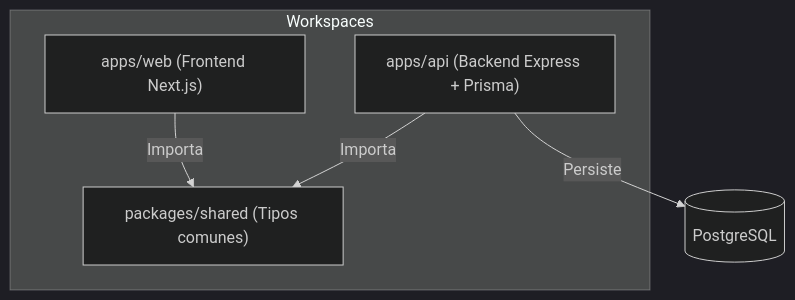
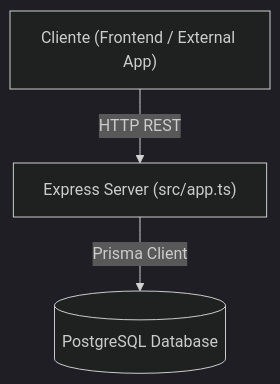
One commit to moka-web/Callvu_Agenda changed the diagram in ARCHITECTURE.md. Above: the diagram before and after it, drawn with Mermaid (dark theme). The commit also changed other lines of this file and 49 other files, not shown here.

Commit message:
refactor(arch): migrate from monorepo to standalone backend api

````diff
--- a/ARCHITECTURE.md
+++ b/ARCHITECTURE.md
@@ -11,12 +11,5 @@
 ```mermaid
 graph TD
-    subgraph Workspaces
-        shared["packages/shared (Tipos comunes)"]
-        api["apps/api (Backend Express + Prisma)"]
-        web["apps/web (Frontend Next.js)"]
-    end
-
-    api -->|Importa| shared
-    web -->|Importa| shared
-    api -->|Persiste| DB[(PostgreSQL)]
+    Client["Cliente (Frontend / External App)"] -->|HTTP REST| API["Express Server (src/app.ts)"]
+    API -->|Prisma Client| DB[(PostgreSQL Database)]
 ```
````
